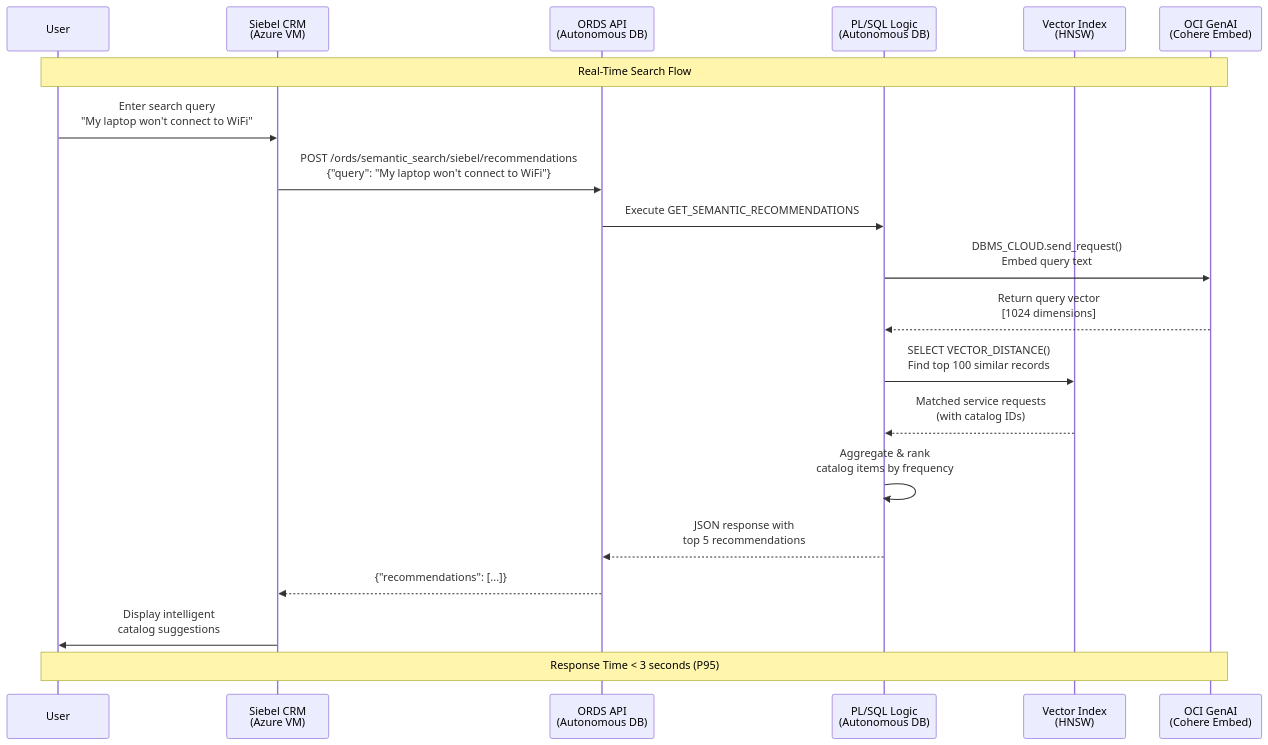
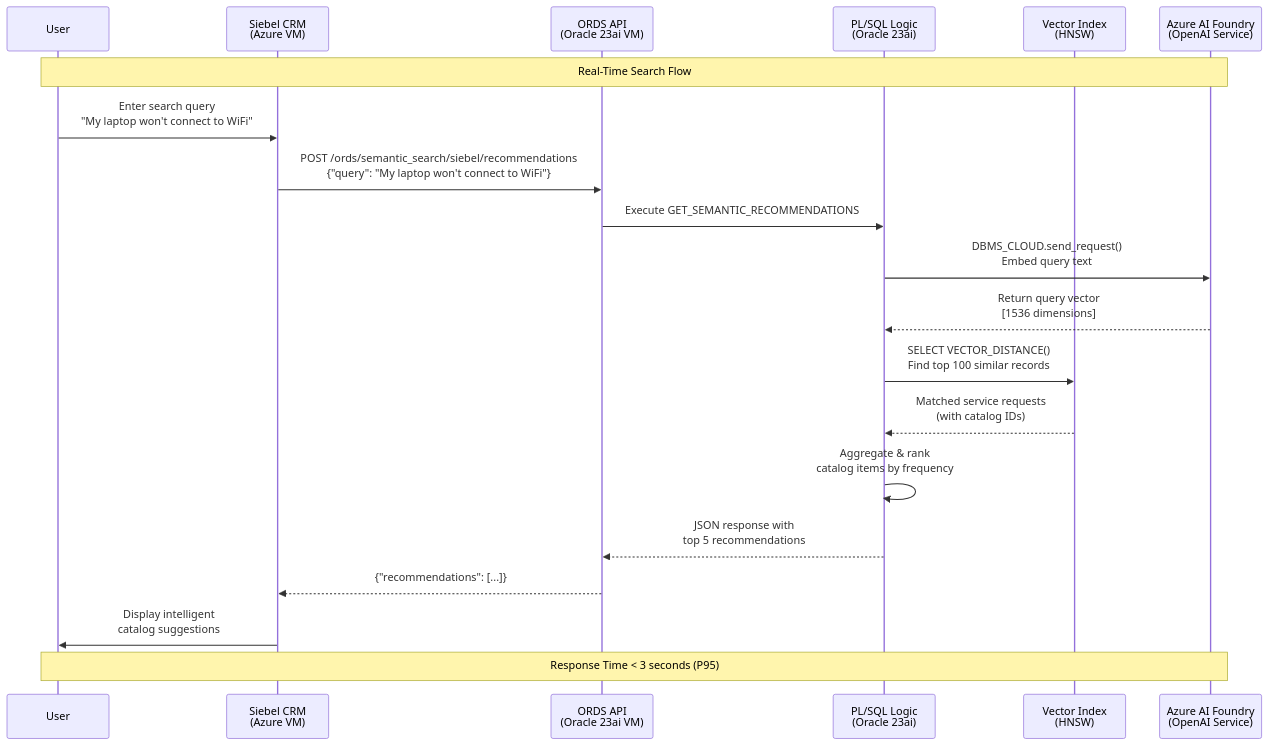
The second of 6 diagrams in docs/Project Architecture.md (psreek-ai/SiebelCRMSemanticSearch), drawn with Mermaid before and after one commit. The commit also changed other lines of this file and 13 other files, not shown here.

````diff
--- a/docs/Project Architecture.md
+++ b/docs/Project Architecture.md
@@ -88,31 +90,31 @@
 ```mermaid
 sequenceDiagram
     participant User
     participant Siebel as Siebel CRM<br/>(Azure VM)
-    participant ORDS as ORDS API<br/>(Autonomous DB)
-    participant PLSQL as PL/SQL Logic<br/>(Autonomous DB)
+    participant ORDS as ORDS API<br/>(Oracle 23ai VM)
+    participant PLSQL as PL/SQL Logic<br/>(Oracle 23ai)
     participant Vector as Vector Index<br/>(HNSW)
-    participant GenAI as OCI GenAI<br/>(Cohere Embed)
+    participant AIFoundry as Azure AI Foundry<br/>(OpenAI Service)
     
-    Note over User,GenAI: Real-Time Search Flow
+    Note over User,AIFoundry: Real-Time Search Flow
     
     User->>Siebel: Enter search query<br/>"My laptop won't connect to WiFi"
     Siebel->>ORDS: POST /ords/semantic_search/siebel/recommendations<br/>{"query": "My laptop won't connect to WiFi"}
     
     ORDS->>PLSQL: Execute GET_SEMANTIC_RECOMMENDATIONS
     
-    PLSQL->>GenAI: DBMS_CLOUD.send_request()<br/>Embed query text
-    GenAI-->>PLSQL: Return query vector<br/>[1024 dimensions]
+    PLSQL->>AIFoundry: DBMS_CLOUD.send_request()<br/>Embed query text
+    AIFoundry-->>PLSQL: Return query vector<br/>[1536 dimensions]
     
     PLSQL->>Vector: SELECT VECTOR_DISTANCE()<br/>Find top 100 similar records
     Vector-->>PLSQL: Matched service requests<br/>(with catalog IDs)
     
     PLSQL->>PLSQL: Aggregate & rank<br/>catalog items by frequency
     
     PLSQL-->>ORDS: JSON response with<br/>top 5 recommendations
     ORDS-->>Siebel: {"recommendations": [...]}
     
     Siebel->>User: Display intelligent<br/>catalog suggestions
     
-    Note over User,GenAI: Response Time < 3 seconds (P95)
+    Note over User,AIFoundry: Response Time < 3 seconds (P95)
 ```
````
